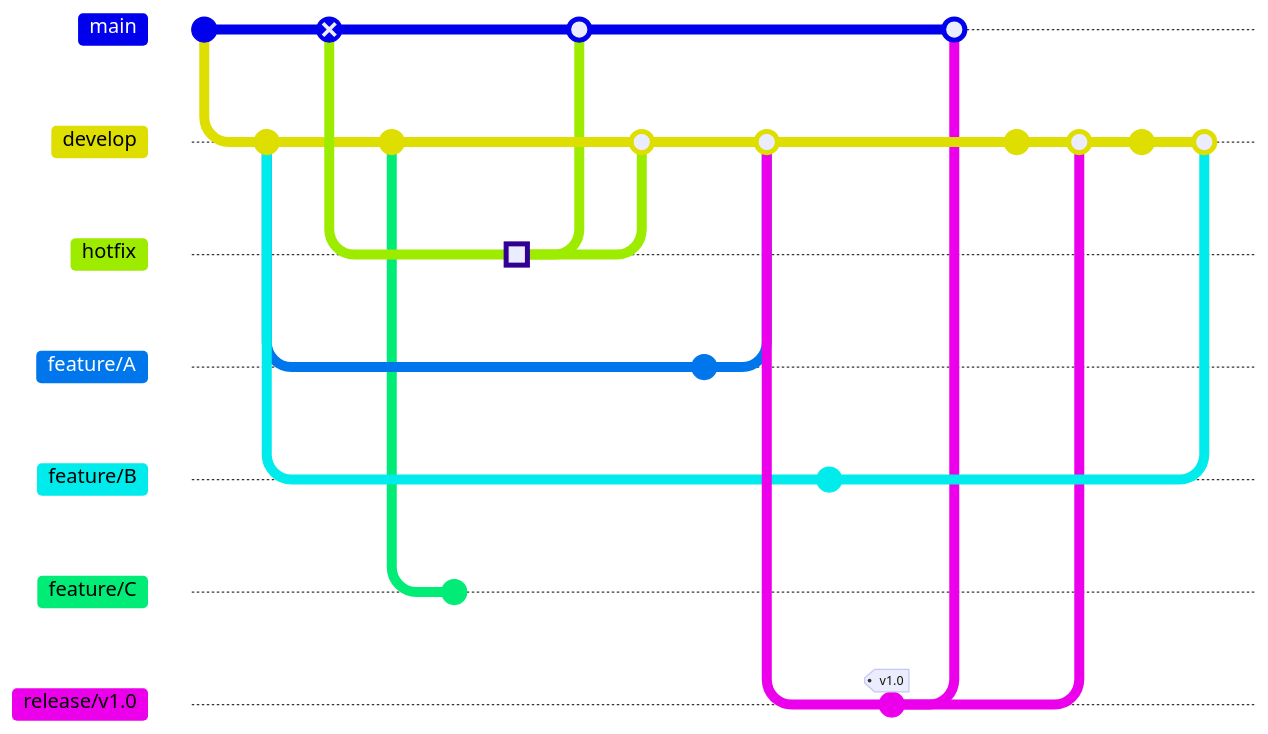
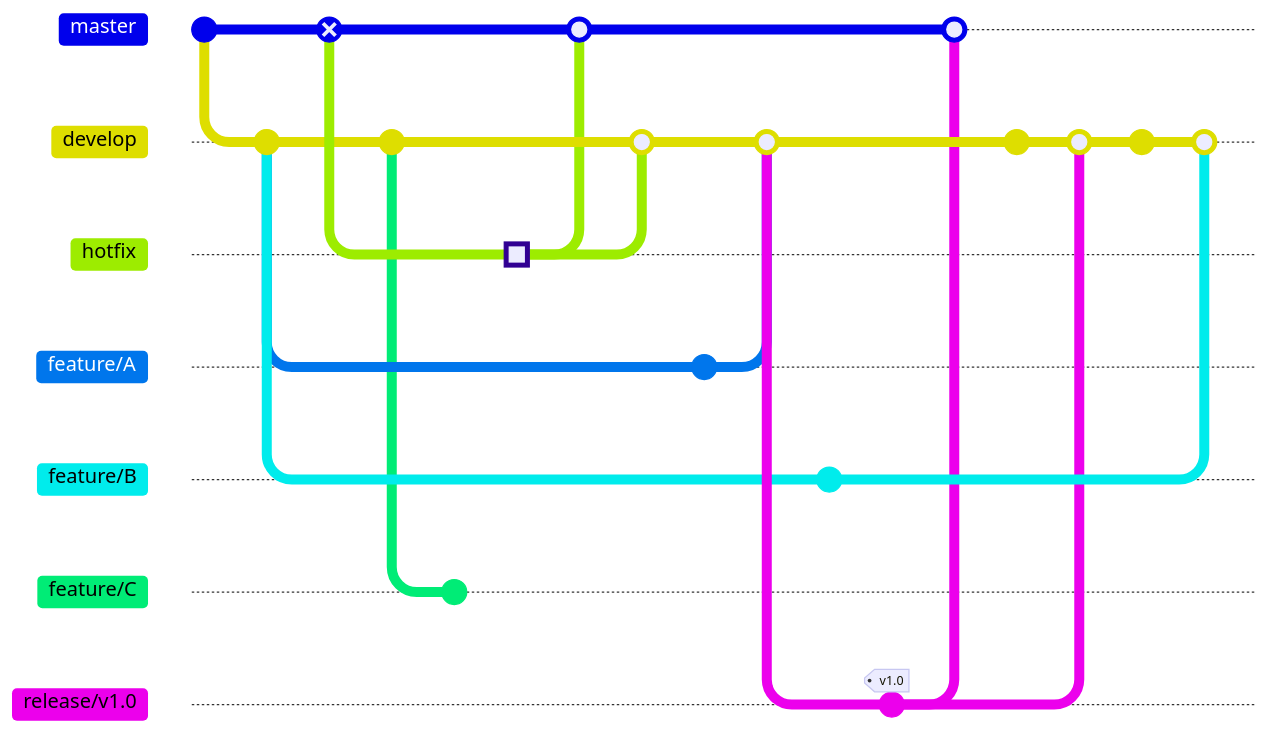
The diagram in assets/mermaid/git/gitflow.mmd (PonomaryovVladyslav/PythonCourses), drawn with Mermaid before and after one commit. The commit also changed 6 other files, not shown here. Commit ids are hidden.

Commit message:
Change mermaid diagrams: default branch renamed to "master"

```diff
--- a/assets/mermaid/git/gitflow.mmd
+++ b/assets/mermaid/git/gitflow.mmd
@@ -1,55 +1,56 @@
+%%{init: {'gitGraph': {'mainBranchName': 'master'}} }%%
 gitGraph
 %% initialize repository
     commit id: "Initial commit"
 
 %% define development branch
     branch develop
     commit
 
 %% define hotfix branch
-    checkout main
+    checkout master
     commit id: "Buggy commit" type: REVERSE
     branch hotfix
 
 %% define feature branches
     checkout develop
     branch feature/A
     branch feature/B
     checkout develop
     commit
     branch feature/C
     commit
 
 %% working with hotfix branch
     checkout hotfix
     commit id: "Fix bugs" type:HIGHLIGHT
 
 %% merge hotfix commits into main and develop
-    checkout main
+    checkout master
     merge hotfix
     checkout develop
     merge hotfix
 
 %% working with feature-b branch
     checkout feature/A
     commit
     checkout develop
     merge feature/A
 %% work with feature-a branch
     checkout feature/B
     commit
     checkout develop
 
 %% define release branch
     checkout develop
     branch release/v1.0
     commit id: "Work on release" tag: "v1.0"
-    checkout main
+    checkout master
     merge release/v1.0
     checkout develop
     commit
     merge release/v1.0
 
 %% merging previous feature branch
     commit
     merge feature/B
```
